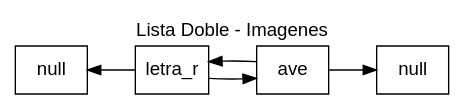
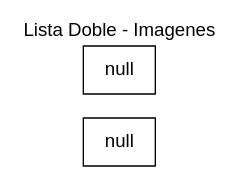
The diagram in Reportes/ListaDoble.dot (brandonT2002/EDD_VJ1S2023_PY_202112030), drawn with Graphviz before and after one commit. The commit also changed 8 other files, not shown here.

```diff
--- a/Reportes/ListaDoble.dot
+++ b/Reportes/ListaDoble.dot
@@ -1,12 +1,8 @@
 digraph G {
 fontname="Arial"label="Lista Doble - Imagenes"
 labelloc = t
 rankdir=LR;
 node[shape="box" fontname="Arial"];
 null0 [label="null"]
 null1 [label="null"]
-nodo_0 [label="letra_r"];
-nodo_1 [label="ave"];
-nodo_0 -> nodo_1 -> null0;
-null1 -> nodo_0 -> nodo_1[dir="back"] ;
-}
+null1}
```
